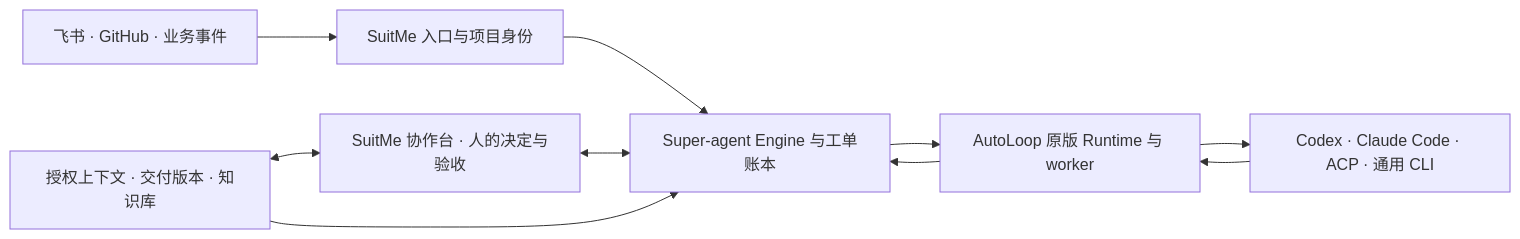
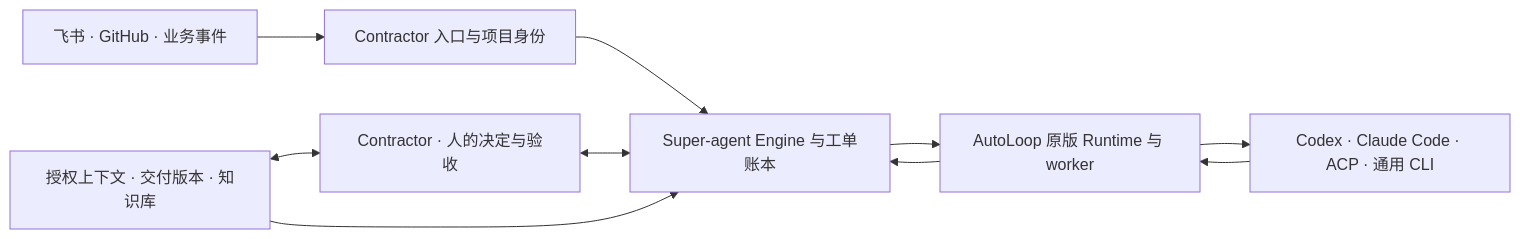
Before and after one commit to zhegong-996/Contractor: the diagram in docs/SUPERAGENT-MIGRATION.md, drawn with Mermaid. The commit also changed other lines of this file and 257 other files, not shown here.

````diff
--- a/docs/SUPERAGENT-MIGRATION.md
+++ b/docs/SUPERAGENT-MIGRATION.md
@@ -14,12 +14,12 @@
 ```mermaid
 flowchart LR
-    A[飞书 · GitHub · 业务事件] --> B[SuitMe 入口与项目身份]
+    A[飞书 · GitHub · 业务事件] --> B[Contractor 入口与项目身份]
     B --> C[Super-agent Engine 与工单账本]
     C --> D[AutoLoop 原版 Runtime 与 worker]
     D --> E[Codex · Claude Code · ACP · 通用 CLI]
     E --> D
     D --> C
-    F[SuitMe 协作台 · 人的决定与验收] <--> C
+    F[Contractor · 人的决定与验收] <--> C
     G[授权上下文 · 交付版本 · 知识库] <--> F
     G --> C
 ```
````
